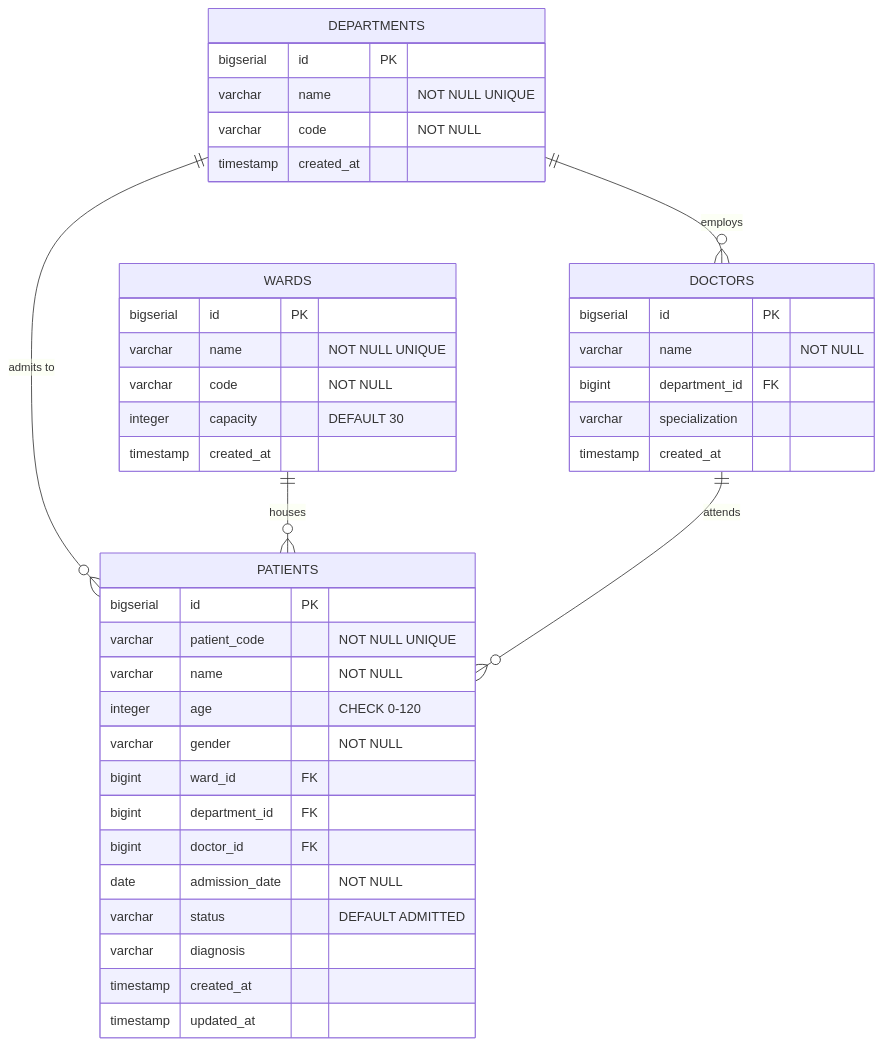
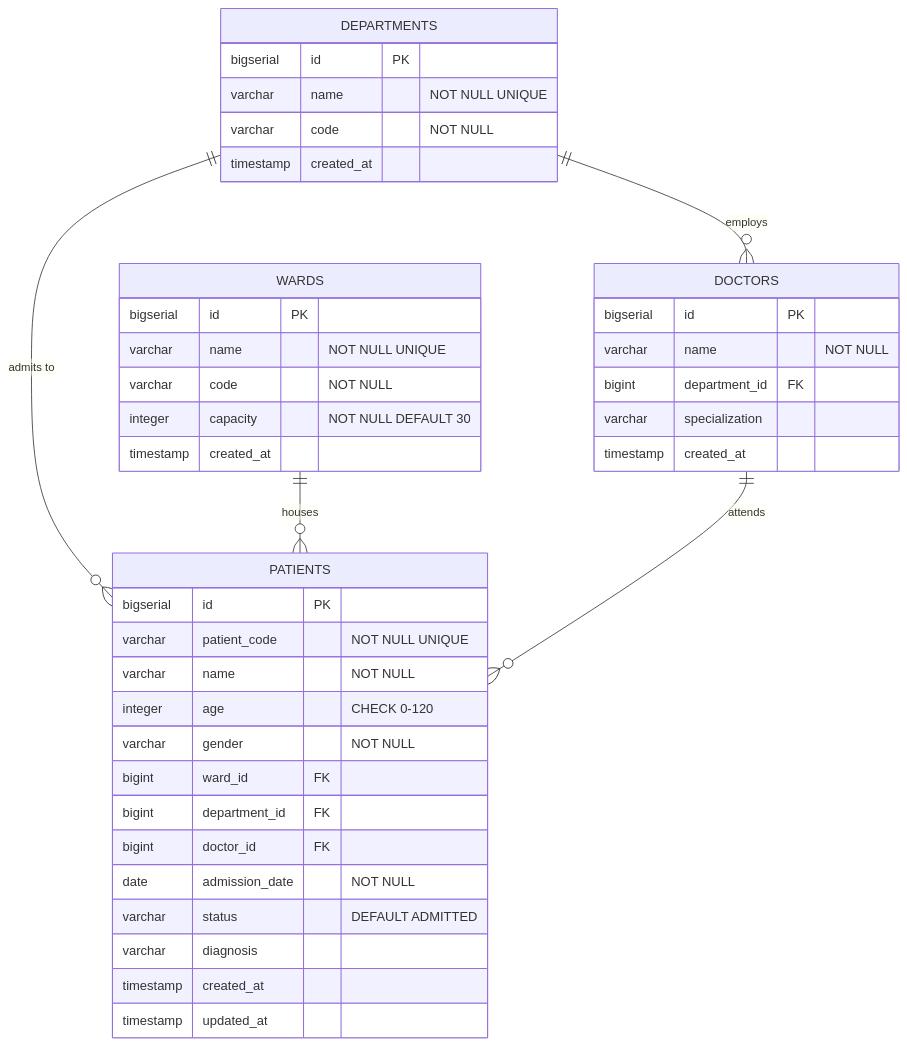
Before and after one commit to shivarajrathod08/mediflow-patient-admission-management: the second of 2 diagrams in README.md, drawn with Mermaid. The commit also changed other lines of this file and 14 other files, not shown here.

````diff
--- a/README.md
+++ b/README.md
@@ -122,46 +196,46 @@
 ```mermaid
 erDiagram
     DEPARTMENTS ||--o{ DOCTORS : "employs"
     DEPARTMENTS ||--o{ PATIENTS : "admits to"
     WARDS ||--o{ PATIENTS : "houses"
     DOCTORS ||--o{ PATIENTS : "attends"
 
     DEPARTMENTS {
         bigserial id PK
         varchar name "NOT NULL UNIQUE"
         varchar code "NOT NULL"
         timestamp created_at
     }
 
     WARDS {
         bigserial id PK
         varchar name "NOT NULL UNIQUE"
         varchar code "NOT NULL"
-        integer capacity "DEFAULT 30"
+        integer capacity "NOT NULL DEFAULT 30"
         timestamp created_at
     }
 
     DOCTORS {
         bigserial id PK
         varchar name "NOT NULL"
         bigint department_id FK
         varchar specialization
         timestamp created_at
     }
 
     PATIENTS {
         bigserial id PK
         varchar patient_code "NOT NULL UNIQUE"
         varchar name "NOT NULL"
         integer age "CHECK 0-120"
         varchar gender "NOT NULL"
         bigint ward_id FK
         bigint department_id FK
         bigint doctor_id FK
         date admission_date "NOT NULL"
         varchar status "DEFAULT ADMITTED"
         varchar diagnosis
         timestamp created_at
         timestamp updated_at
     }
 ```
````
